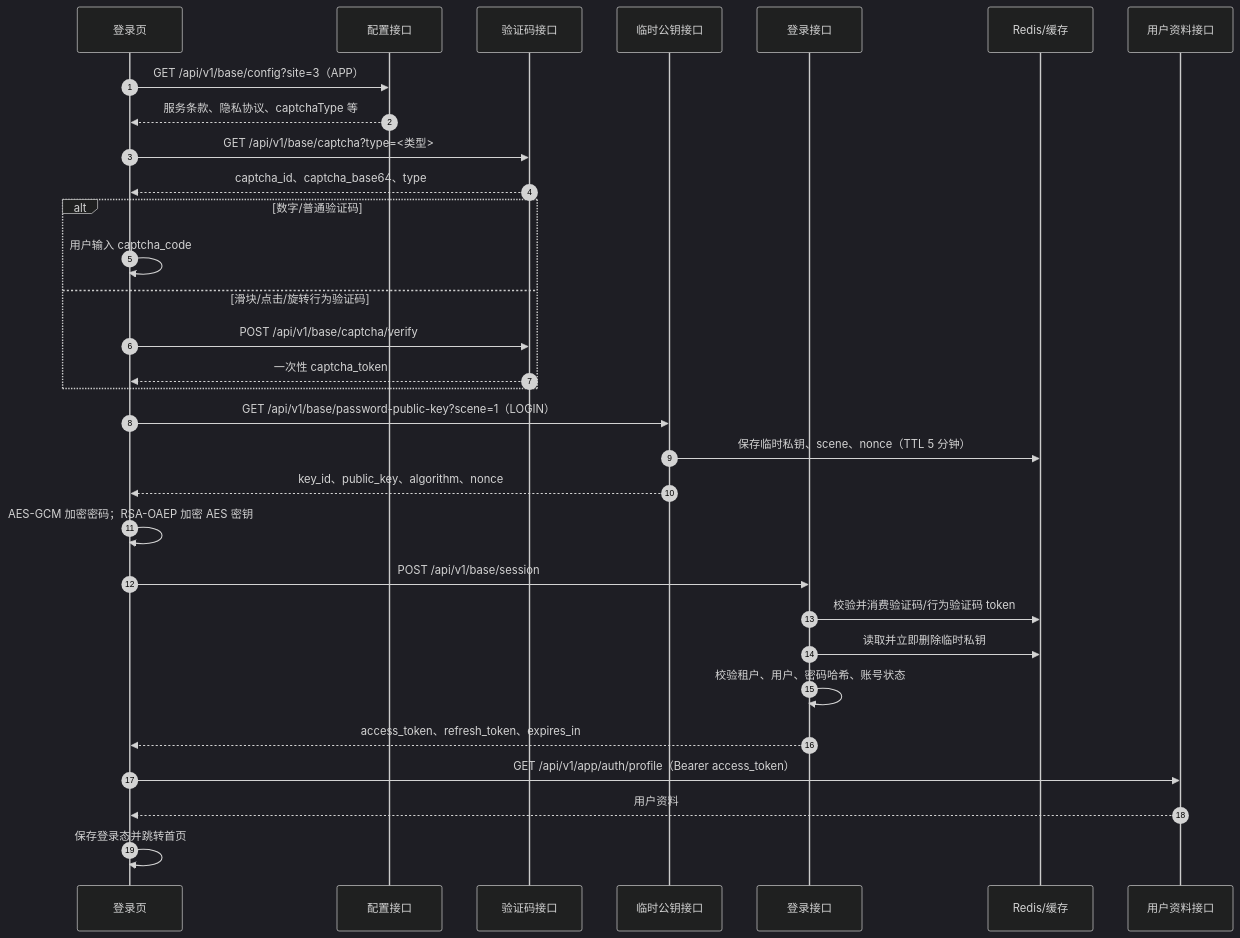
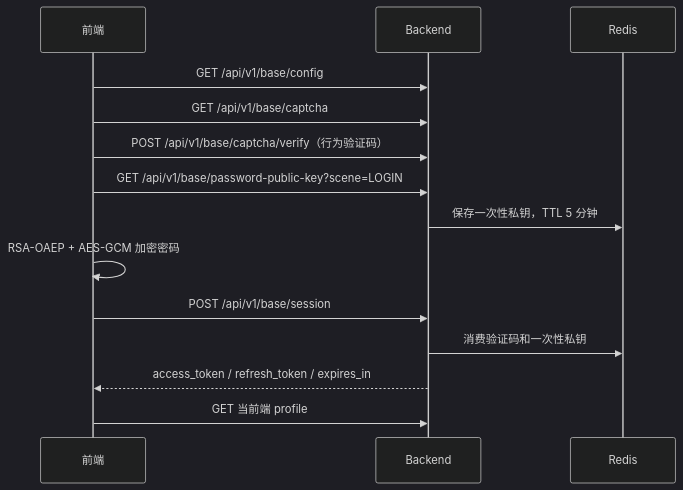
One commit to liujitcn/kratos-admin changed the diagram in docs/登录与密码加密流程.md. Above: the diagram before and after it, drawn with Mermaid (dark theme). The commit also changed other lines of this file and 64 other files, not shown here.

````diff
--- a/docs/登录与密码加密流程.md
+++ b/docs/登录与密码加密流程.md
@@ -9,34 +7,16 @@
 ```mermaid
 sequenceDiagram
-    autonumber
-    participant UI as 登录页
-    participant Config as 配置接口
-    participant Captcha as 验证码接口
-    participant Key as 临时公钥接口
-    participant Session as 登录接口
-    participant Cache as Redis/缓存
-    participant Profile as 用户资料接口
-
-    UI->>Config: GET /api/v1/base/config?site=3（APP）
-    Config-->>UI: 服务条款、隐私协议、captchaType 等
-    UI->>Captcha: GET /api/v1/base/captcha?type=<类型>
-    Captcha-->>UI: captcha_id、captcha_base64、type
-    alt 数字/普通验证码
-        UI->>UI: 用户输入 captcha_code
-    else 滑块/点击/旋转行为验证码
-        UI->>Captcha: POST /api/v1/base/captcha/verify
-        Captcha-->>UI: 一次性 captcha_token
-    end
-    UI->>Key: GET /api/v1/base/password-public-key?scene=1（LOGIN）
-    Key->>Cache: 保存临时私钥、scene、nonce（TTL 5 分钟）
-    Key-->>UI: key_id、public_key、algorithm、nonce
-    UI->>UI: AES-GCM 加密密码；RSA-OAEP 加密 AES 密钥
-    UI->>Session: POST /api/v1/base/session
-    Session->>Cache: 校验并消费验证码/行为验证码 token
-    Session->>Cache: 读取并立即删除临时私钥
-    Session->>Session: 校验租户、用户、密码哈希、账号状态
-    Session-->>UI: access_token、refresh_token、expires_in
-    UI->>Profile: GET /api/v1/app/auth/profile（Bearer access_token）
-    Profile-->>UI: 用户资料
-    UI->>UI: 保存登录态并跳转首页
+  participant UI as 前端
+  participant API as Backend
+  participant Cache as Redis
+  UI->>API: GET /api/v1/base/config
+  UI->>API: GET /api/v1/base/captcha
+  UI->>API: POST /api/v1/base/captcha/verify（行为验证码）
+  UI->>API: GET /api/v1/base/password-public-key?scene=LOGIN
+  API->>Cache: 保存一次性私钥，TTL 5 分钟
+  UI->>UI: RSA-OAEP + AES-GCM 加密密码
+  UI->>API: POST /api/v1/base/session
+  API->>Cache: 消费验证码和一次性私钥
+  API-->>UI: access_token / refresh_token / expires_in
+  UI->>API: GET 当前端 profile
 ```
````
